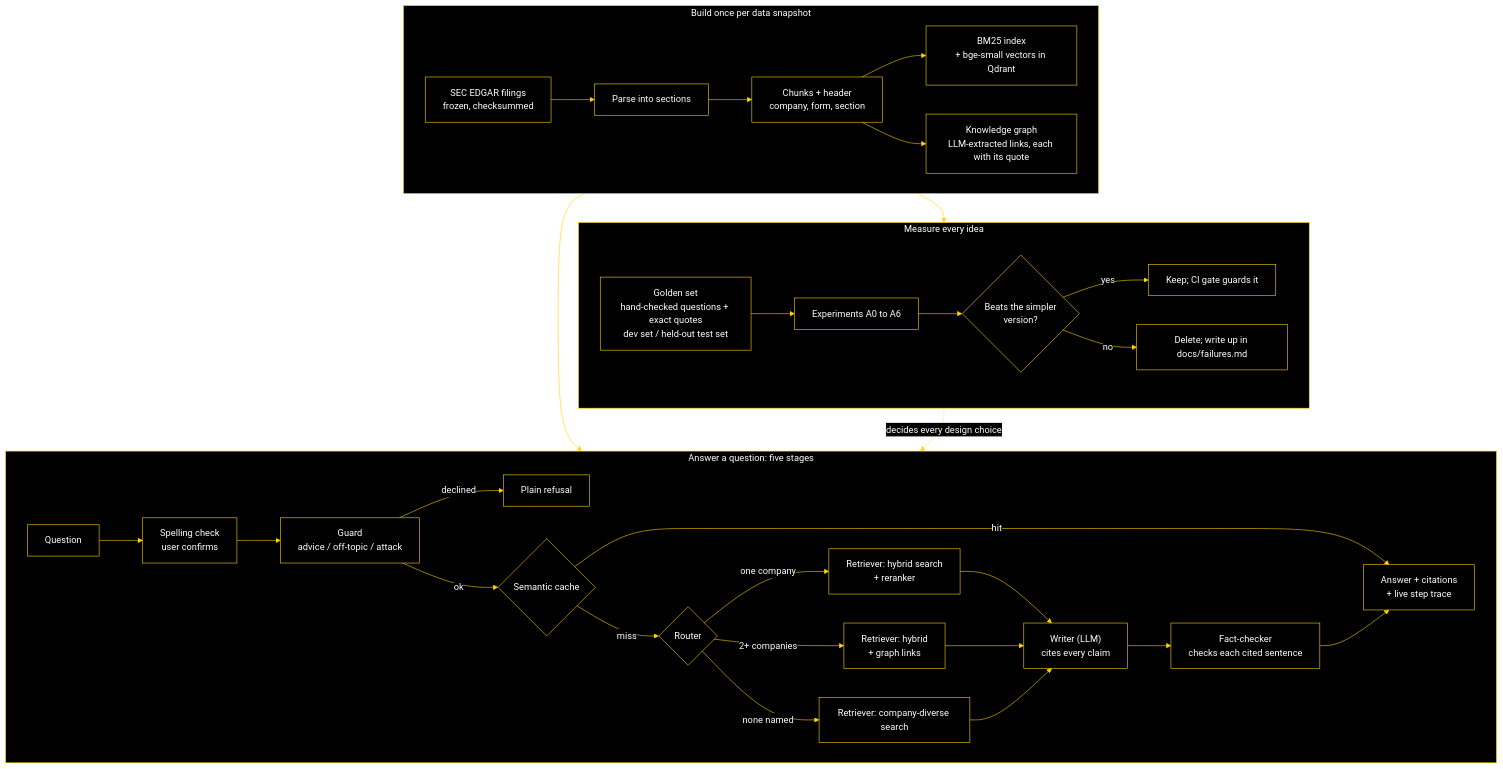
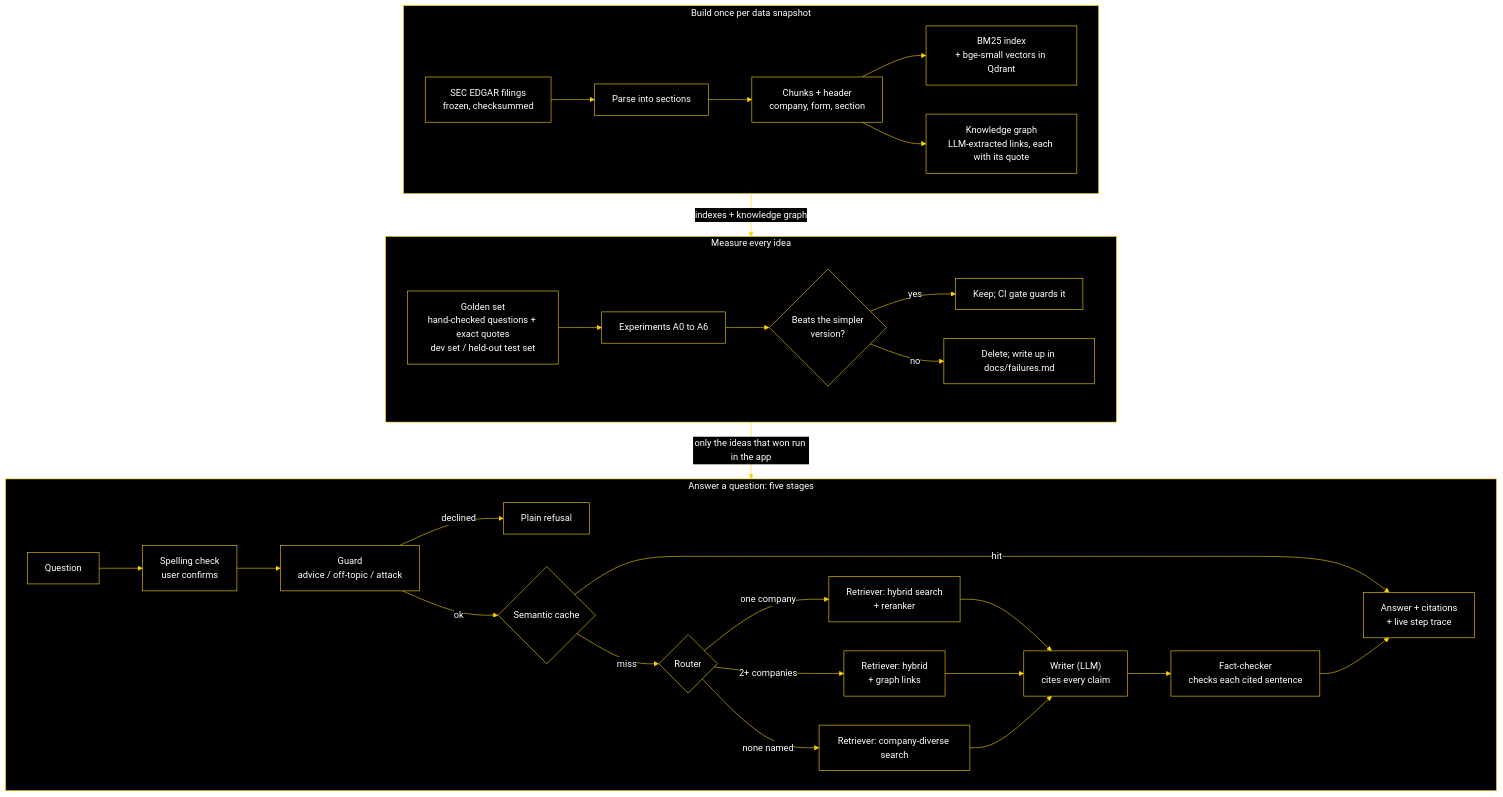
The diagram in README.md (ATHARVA-87/kHop), drawn with Mermaid before and after one commit. The commit also changed other lines of this file and 1 other file, not shown here.

````diff
--- a/README.md
+++ b/README.md
@@ -22,36 +22,35 @@
 ```mermaid
 %%{init: {"theme": "base", "themeVariables": {"primaryColor": "#000000", "mainBkg": "#000000", "primaryTextColor": "#FFFFFF", "nodeTextColor": "#FFFFFF", "textColor": "#FFFFFF", "primaryBorderColor": "#FFD400", "nodeBorder": "#FFD400", "secondaryColor": "#000000", "tertiaryColor": "#000000", "lineColor": "#FFD400", "clusterBkg": "#000000", "clusterBorder": "#FFD400", "titleColor": "#FFFFFF", "edgeLabelBackground": "#000000", "actorBkg": "#000000", "actorBorder": "#FFD400", "actorTextColor": "#FFFFFF", "actorLineColor": "#FFD400", "signalColor": "#FFD400", "signalTextColor": "#FFFFFF", "noteBkgColor": "#000000", "noteTextColor": "#FFFFFF", "noteBorderColor": "#FFD400", "labelBoxBkgColor": "#000000", "labelBoxBorderColor": "#FFD400", "labelTextColor": "#FFFFFF", "loopTextColor": "#FFFFFF"}}}%%
 flowchart TB
     subgraph BUILD["Build once per data snapshot"]
         direction LR
         E["SEC EDGAR filings<br/>frozen, checksummed"] --> P["Parse into sections"]
         P --> CH["Chunks + header<br/>company, form, section"]
         CH --> IX["BM25 index<br/>+ bge-small vectors in Qdrant"]
         CH --> KG["Knowledge graph<br/>LLM-extracted links, each with its quote"]
     end
     subgraph EVAL["Measure every idea"]
         direction LR
         GS["Golden set<br/>hand-checked questions + exact quotes<br/>dev set / held-out test set"] --> EX["Experiments A0 to A6"]
         EX --> K{"Beats the simpler<br/>version?"}
         K -- "yes" --> KEEP["Keep; CI gate guards it"]
         K -- "no" --> DROP["Delete; write up in docs/failures.md"]
     end
     subgraph ASK["Answer a question: five stages"]
         direction LR
         Q["Question"] --> S["Spelling check<br/>user confirms"]
         S --> G["Guard<br/>advice / off-topic / attack"]
         G -- "declined" --> REF["Plain refusal"]
         G -- "ok" --> C{"Semantic cache"}
         C -- "hit" --> A["Answer + citations<br/>+ live step trace"]
         C -- "miss" --> R{"Router"}
         R -- "one company" --> L["Retriever: hybrid search<br/>+ reranker"]
         R -- "2+ companies" --> M["Retriever: hybrid<br/>+ graph links"]
         R -- "none named" --> W["Retriever: company-diverse search"]
         L & M & W --> Wr["Writer (LLM)<br/>cites every claim"]
         Wr --> V["Fact-checker<br/>checks each cited sentence"]
         V --> A
     end
-    BUILD --> ASK
-    BUILD --> EVAL
-    EVAL -.->|"decides every design choice"| ASK
+    BUILD -->|"indexes + knowledge graph"| EVAL
+    EVAL -->|"only the ideas that won run in the app"| ASK
 ```
````
